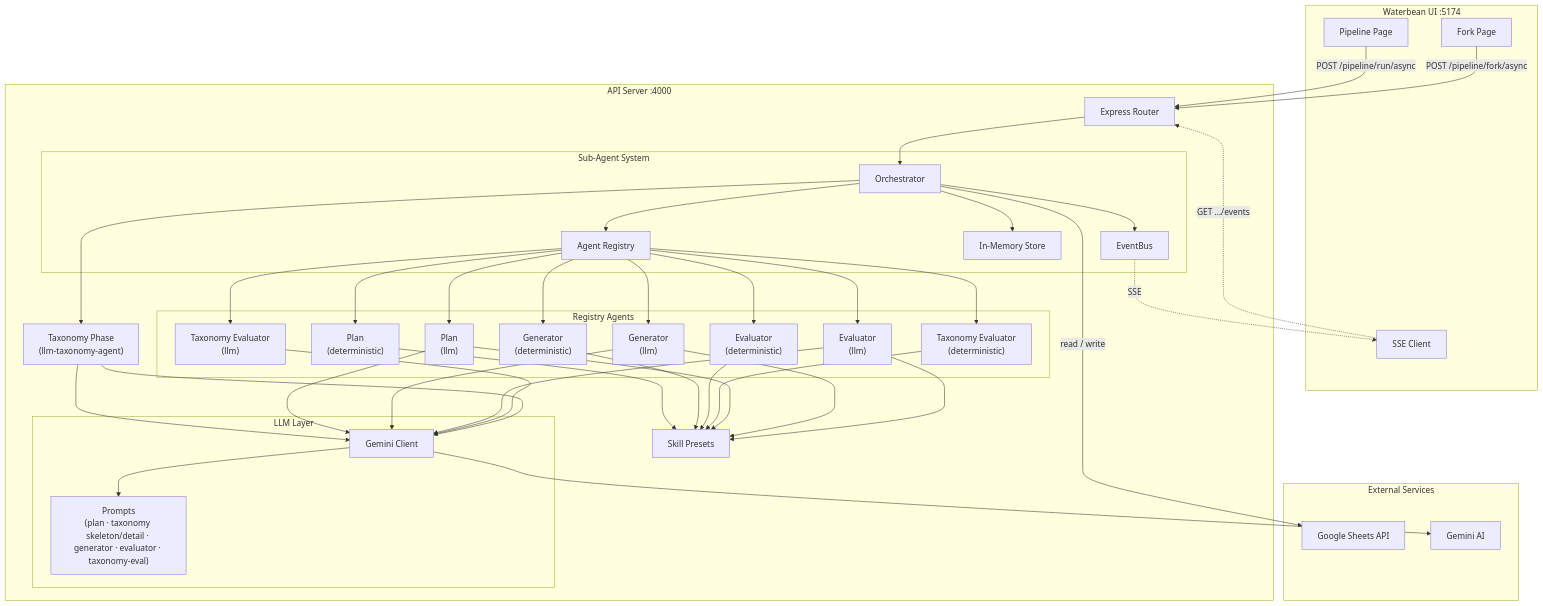
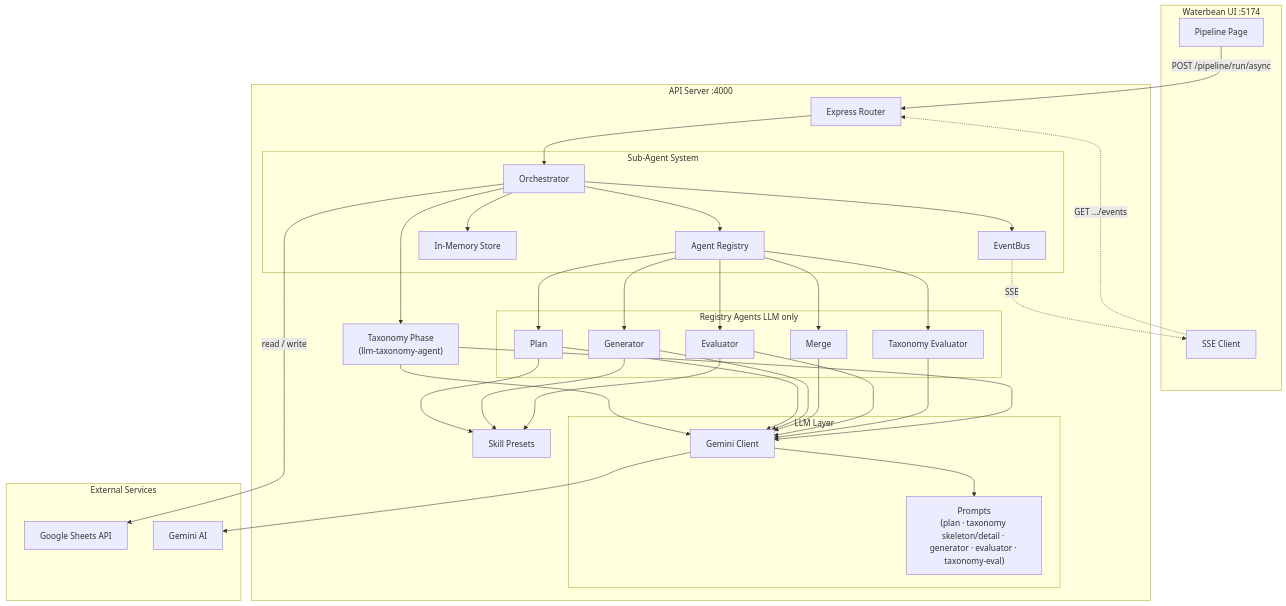
Before and after one commit to hrk-day1/waterbean: the first of 2 diagrams in README.md, drawn with Mermaid. The commit also changed other lines of this file and 27 other files, not shown here.

````diff
--- a/README.md
+++ b/README.md
@@ -91,67 +90,61 @@
 ```mermaid
 graph TB
     subgraph client [Waterbean UI :5174]
         PipelinePage["Pipeline Page"]
-        ForkPage["Fork Page"]
         SSEClient["SSE Client"]
     end
 
     subgraph server [API Server :4000]
         Router["Express Router"]
 
         subgraph agentSystem [Sub-Agent System]
             Orchestrator
             EventBus
             Registry["Agent Registry"]
             Store["In-Memory Store"]
         end
 
-        subgraph agents [Registry Agents]
-            PlanDet["Plan\n(deterministic)"]
-            PlanLLM["Plan\n(llm)"]
-            GenDet["Generator\n(deterministic)"]
-            GenLLM["Generator\n(llm)"]
-            EvalDet["Evaluator\n(deterministic)"]
-            EvalLLM["Evaluator\n(llm)"]
-            TaxEvalDet["Taxonomy Evaluator\n(deterministic)"]
-            TaxEvalLLM["Taxonomy Evaluator\n(llm)"]
+        subgraph agents [Registry Agents LLM only]
+            PlanLLM["Plan"]
+            GenLLM["Generator"]
+            MergeLLM["Merge"]
+            EvalLLM["Evaluator"]
+            TaxEvalLLM["Taxonomy Evaluator"]
         end
 
         subgraph llm [LLM Layer]
             GeminiClient["Gemini Client"]
             Prompts["Prompts\n(plan · taxonomy skeleton/detail · generator · evaluator · taxonomy-eval)"]
         end
 
         TaxonomyPhase["Taxonomy Phase\n(llm-taxonomy-agent)"]
         Skills["Skill Presets"]
     end
 
     subgraph external [External Services]
         Sheets["Google Sheets API"]
         Gemini["Gemini AI"]
     end
 
     PipelinePage -->|"POST /pipeline/run/async"| Router
-    ForkPage -->|"POST /pipeline/fork/async"| Router
     SSEClient -.->|"GET .../events"| Router
 
     Router --> Orchestrator
     Orchestrator --> Registry
-    Registry --> PlanDet & PlanLLM & GenDet & GenLLM & EvalDet & EvalLLM & TaxEvalDet & TaxEvalLLM
+    Registry --> PlanLLM & GenLLM & MergeLLM & EvalLLM & TaxEvalLLM
 
     Orchestrator --> TaxonomyPhase
     TaxonomyPhase --> GeminiClient
 
     Orchestrator --> EventBus
     EventBus -.->|SSE| SSEClient
     Orchestrator --> Store
 
-    PlanLLM & GenLLM & EvalLLM & TaxEvalLLM & TaxonomyPhase --> GeminiClient
+    PlanLLM & GenLLM & MergeLLM & EvalLLM & TaxEvalLLM & TaxonomyPhase --> GeminiClient
     GeminiClient --> Prompts
     GeminiClient --> Gemini
 
-    PlanDet & GenDet & EvalDet & TaxEvalDet --> Skills
     PlanLLM & GenLLM & EvalLLM --> Skills
 
     Orchestrator -->|"read / write"| Sheets
 ```
````
